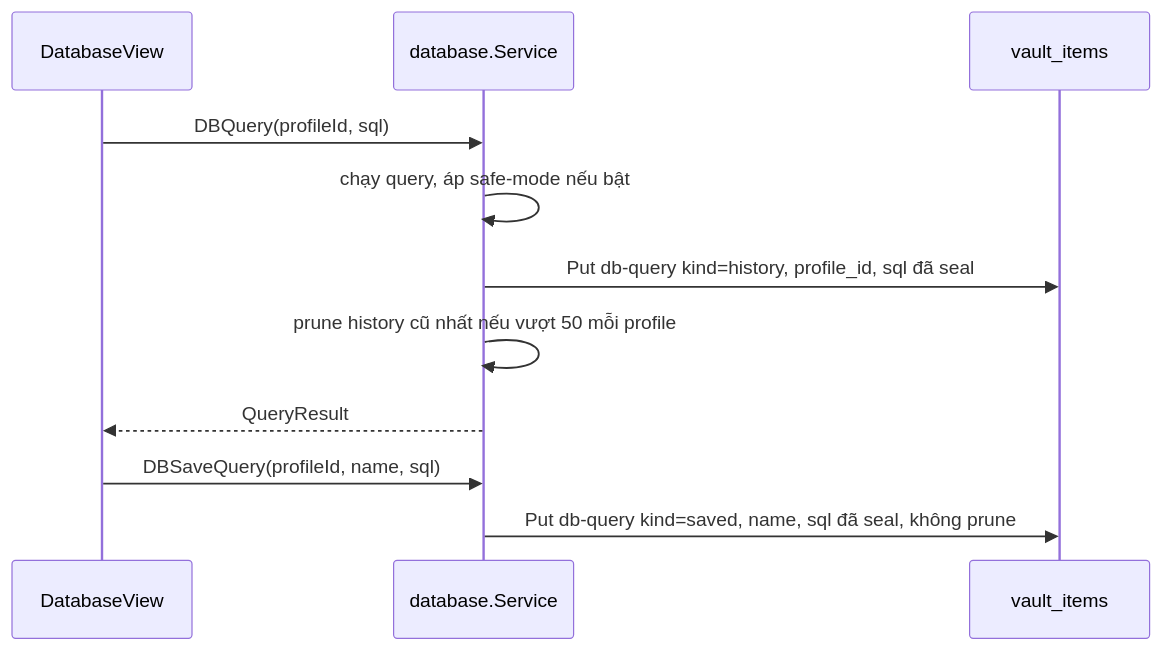
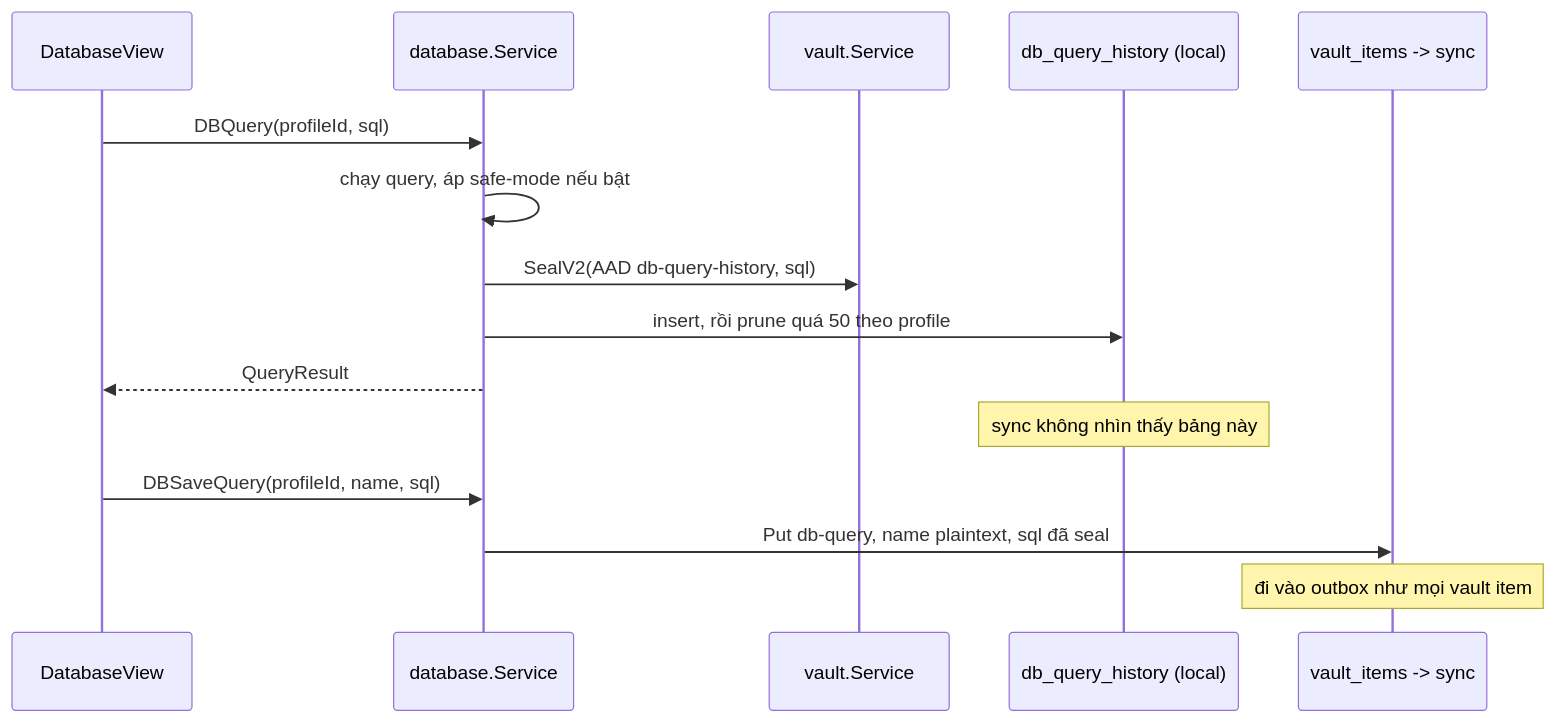
The third of 6 diagrams in content/projects/dev-kit/database.mdx (syurodev/base), drawn with Mermaid before and after one commit. The commit also changed other lines of this file, not shown here.

````diff
--- a/content/projects/dev-kit/database.mdx
+++ b/content/projects/dev-kit/database.mdx
@@ -332,15 +355,19 @@
 ```mermaid
 sequenceDiagram
   participant UI as DatabaseView
   participant SVC as database.Service
-  participant DB as vault_items
+  participant VS as vault.Service
+  participant LOCAL as db_query_history (local)
+  participant ITEMS as vault_items -> sync
 
   UI->>SVC: DBQuery(profileId, sql)
   SVC->>SVC: chạy query, áp safe-mode nếu bật
-  SVC->>DB: Put db-query kind=history, profile_id, sql đã seal
-  SVC->>SVC: prune history cũ nhất nếu vượt 50 mỗi profile
+  SVC->>VS: SealV2(AAD db-query-history, sql)
+  SVC->>LOCAL: insert, rồi prune quá 50 theo profile
   SVC-->>UI: QueryResult
+  Note over LOCAL: sync không nhìn thấy bảng này
 
   UI->>SVC: DBSaveQuery(profileId, name, sql)
-  SVC->>DB: Put db-query kind=saved, name, sql đã seal, không prune
+  SVC->>ITEMS: Put db-query, name plaintext, sql đã seal
+  Note over ITEMS: đi vào outbox như mọi vault item
 ```
````
